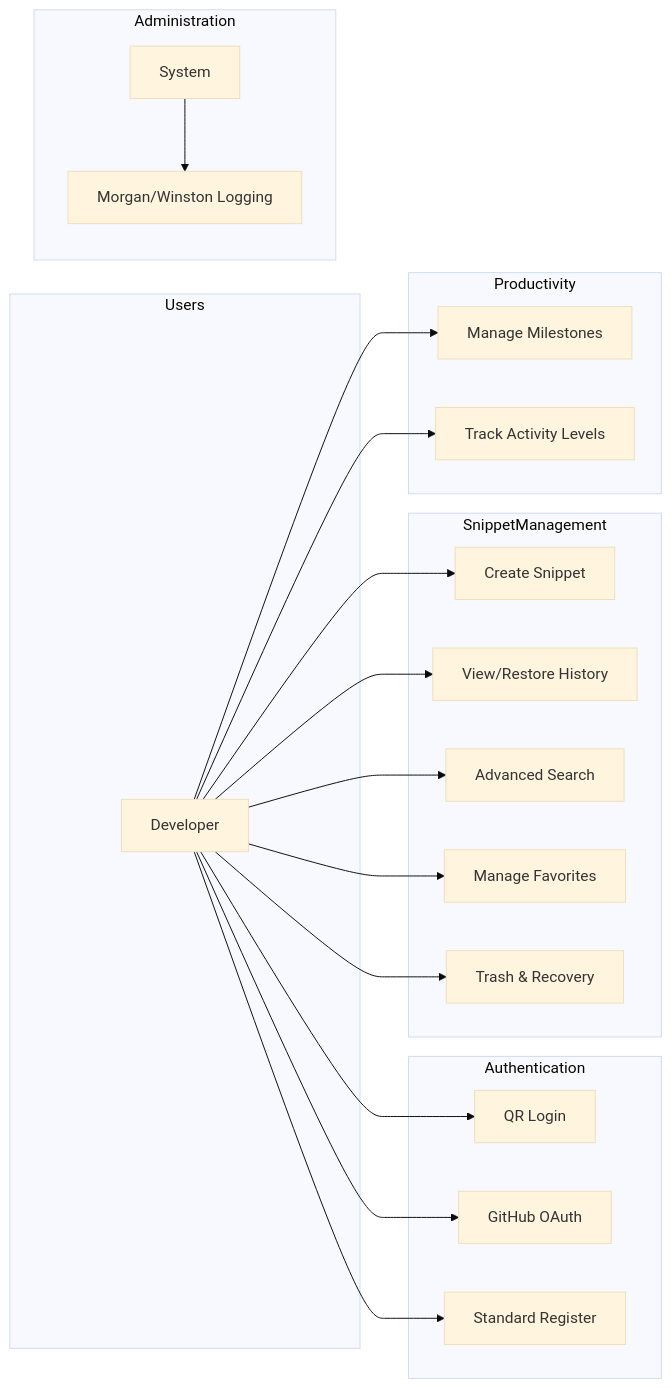
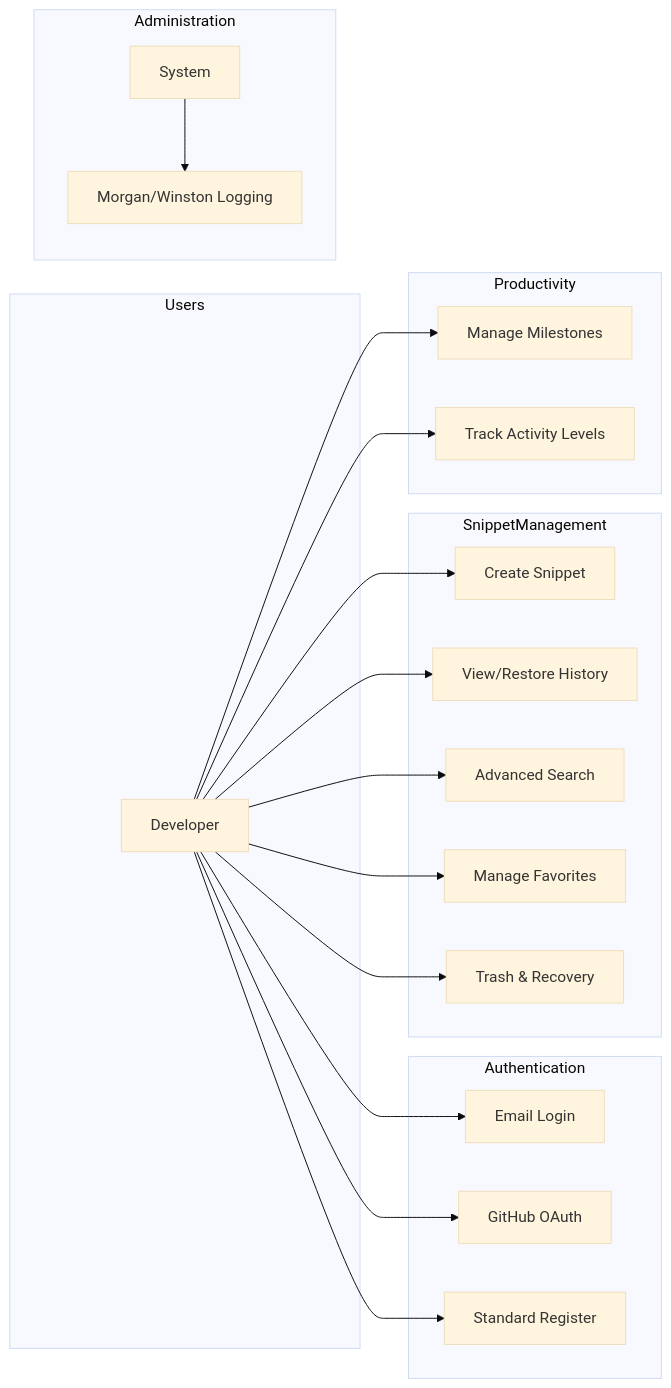
Before and after one commit to mahi656/Code-Snippet: the diagram in useCaseDiagram.md, drawn with Mermaid (base theme). The commit also changed 15 other files, not shown here.

````diff
--- a/useCaseDiagram.md
+++ b/useCaseDiagram.md
@@ -1,29 +1,29 @@
 ```mermaid
 flowchart LR
     subgraph Users
         Developer
     end
 
     subgraph Authentication
-        Developer --> LoginQR[QR Login]
+        Developer --> LoginEmail[Email Login]
         Developer --> LoginGitHub[GitHub OAuth]
         Developer --> Register[Standard Register]
     end
 
     subgraph SnippetManagement
         Developer --> Create[Create Snippet]
         Developer --> VersionControl[View/Restore History]
         Developer --> Search[Advanced Search]
         Developer --> Favorites[Manage Favorites]
         Developer --> Trash[Trash & Recovery]
     end
 
     subgraph Productivity
         Developer --> Calendar[Manage Milestones]
         Developer --> Activity[Track Activity Levels]
     end
 
     subgraph Administration
         System --> Logs[Morgan/Winston Logging]
     end
 ```
````
